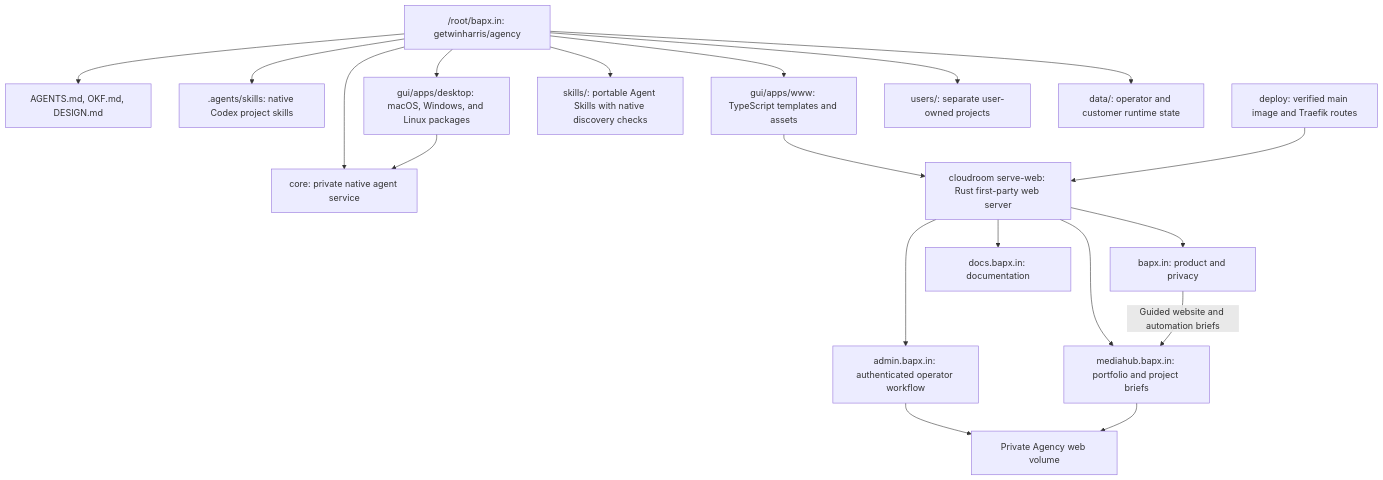
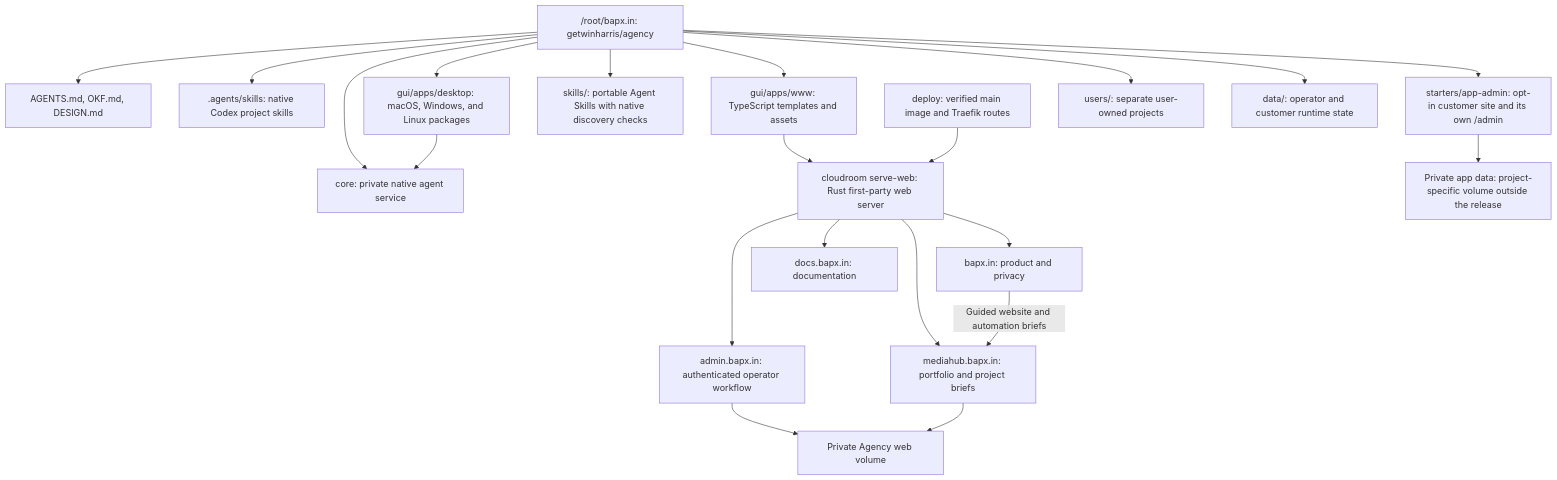
Before and after one commit to getwinharris/agency: the diagram in map.mmd, drawn with Mermaid. The commit also changed 17 other files, not shown here.

First line of the commit message:
Add opt-in app admin starter and durable enquiry records (#54) (#68)

```diff
--- a/map.mmd
+++ b/map.mmd
@@ -1,31 +1,33 @@
 flowchart TD
   root["/root/bapx.in: getwinharris/agency"]
   contracts["AGENTS.md, OKF.md, DESIGN.md"]
   codex[".agents/skills: native Codex project skills"]
   web["gui/apps/www: TypeScript templates and assets"]
   desktop["gui/apps/desktop: macOS, Windows, and Linux packages"]
   sharedSkills["skills/: portable Agent Skills with native discovery checks"]
   core["core: private native agent service"]
   webMode["cloudroom serve-web: Rust first-party web server"]
   deploy["deploy: verified main image and Traefik routes"]
 
   root --> contracts
   root --> codex
   root --> web
+  root --> appStarter["starters/app-admin: opt-in customer site and its own /admin"]
+  appStarter --> appData["Private app data: project-specific volume outside the release"]
   root --> desktop
   root --> sharedSkills
   root --> core
   web --> webMode
   deploy --> webMode
 
   webMode --> landing["bapx.in: product and privacy"]
   webMode --> docs["docs.bapx.in: documentation"]
   webMode --> mediahub["mediahub.bapx.in: portfolio and project briefs"]
   webMode --> admin["admin.bapx.in: authenticated operator workflow"]
   landing -->|"Guided website and automation briefs"| mediahub
   admin --> privateData["Private Agency web volume"]
   mediahub --> privateData
 
   desktop --> core
   root --> users["users/: separate user-owned projects"]
   root --> runtimeData["data/: operator and customer runtime state"]
```
